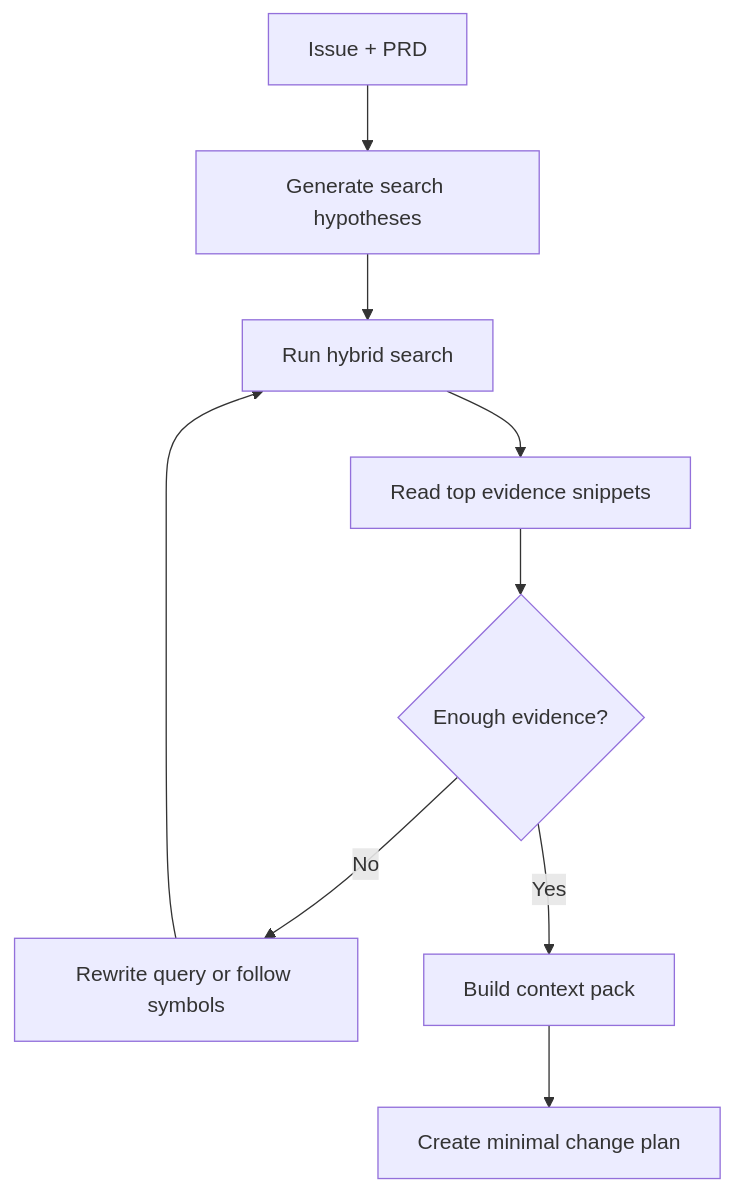
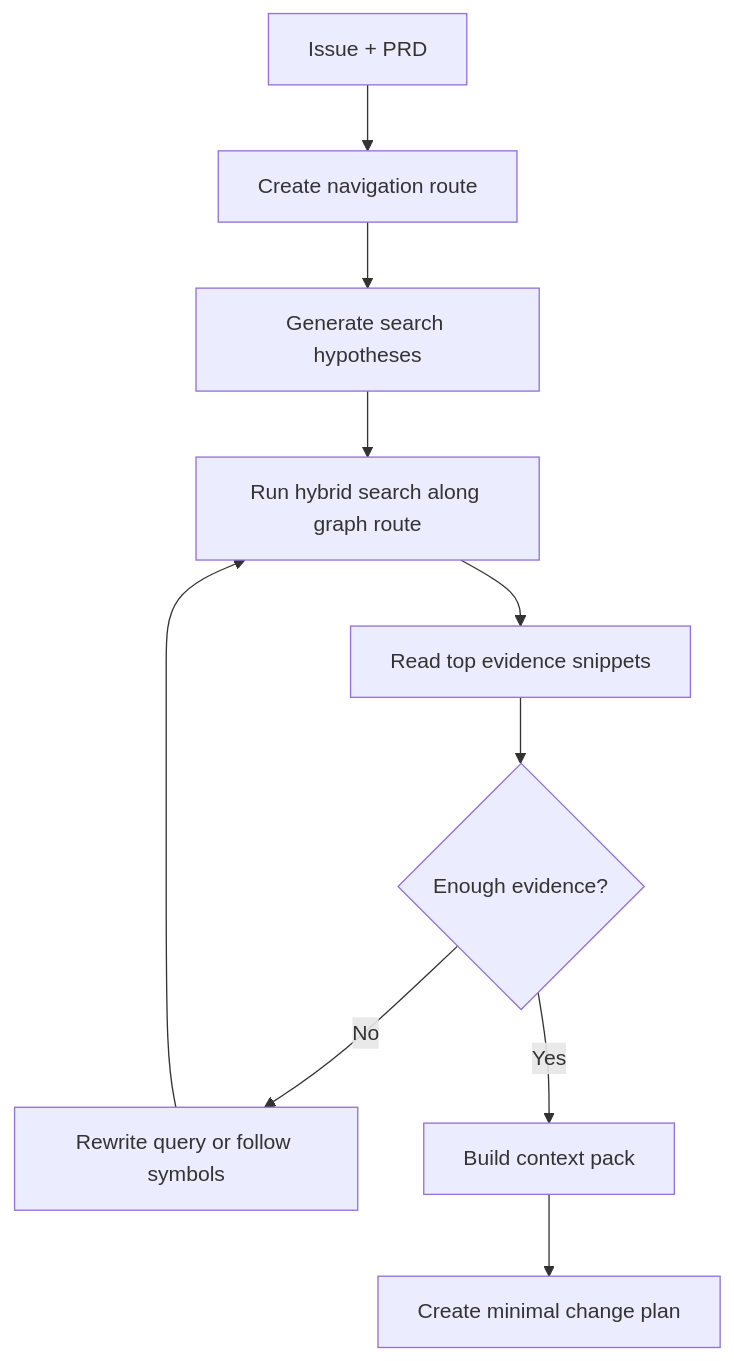
One commit to JASON-QWeb/CodeZero changed the diagram in docs/CODEBASE_INTELLIGENCE.md. Above: the diagram before and after it, drawn with Mermaid. The commit also changed other lines of this file and 77 other files, not shown here.

````diff
--- a/docs/CODEBASE_INTELLIGENCE.md
+++ b/docs/CODEBASE_INTELLIGENCE.md
@@ -87,11 +90,12 @@
 ```mermaid
 flowchart TD
-  A["Issue + PRD"] --> B["Generate search hypotheses"]
-  B --> C["Run hybrid search"]
+  A["Issue + PRD"] --> N["Create navigation route"]
+  N --> B["Generate search hypotheses"]
+  B --> C["Run hybrid search along graph route"]
   C --> D["Read top evidence snippets"]
   D --> E{"Enough evidence?"}
   E -->|No| F["Rewrite query or follow symbols"]
   F --> C
   E -->|Yes| G["Build context pack"]
   G --> H["Create minimal change plan"]
 ```
````
